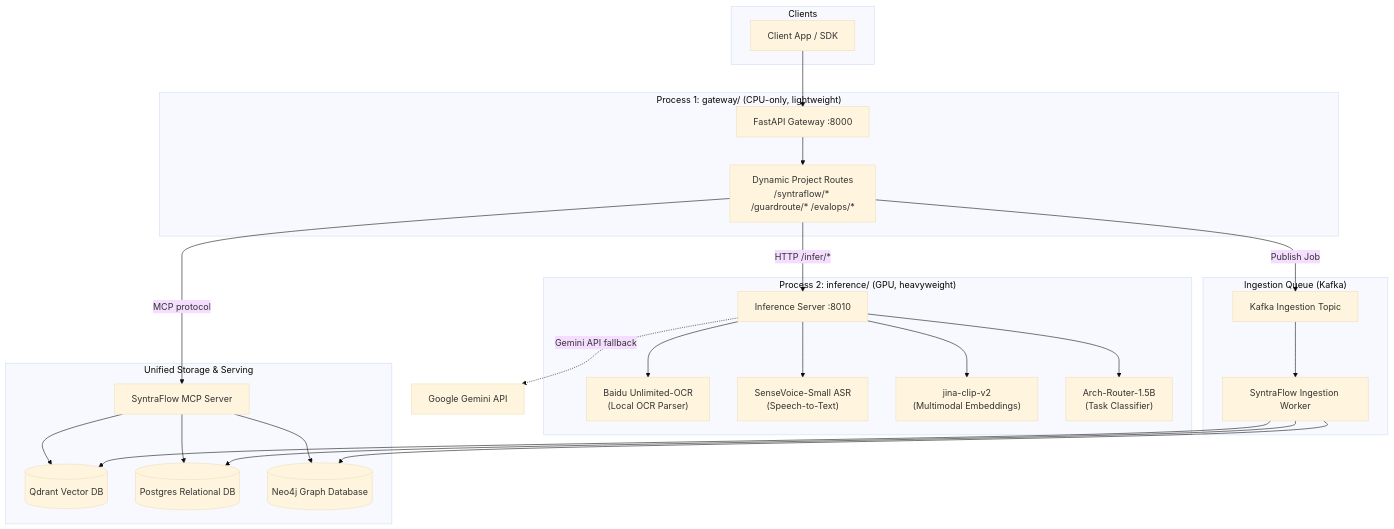
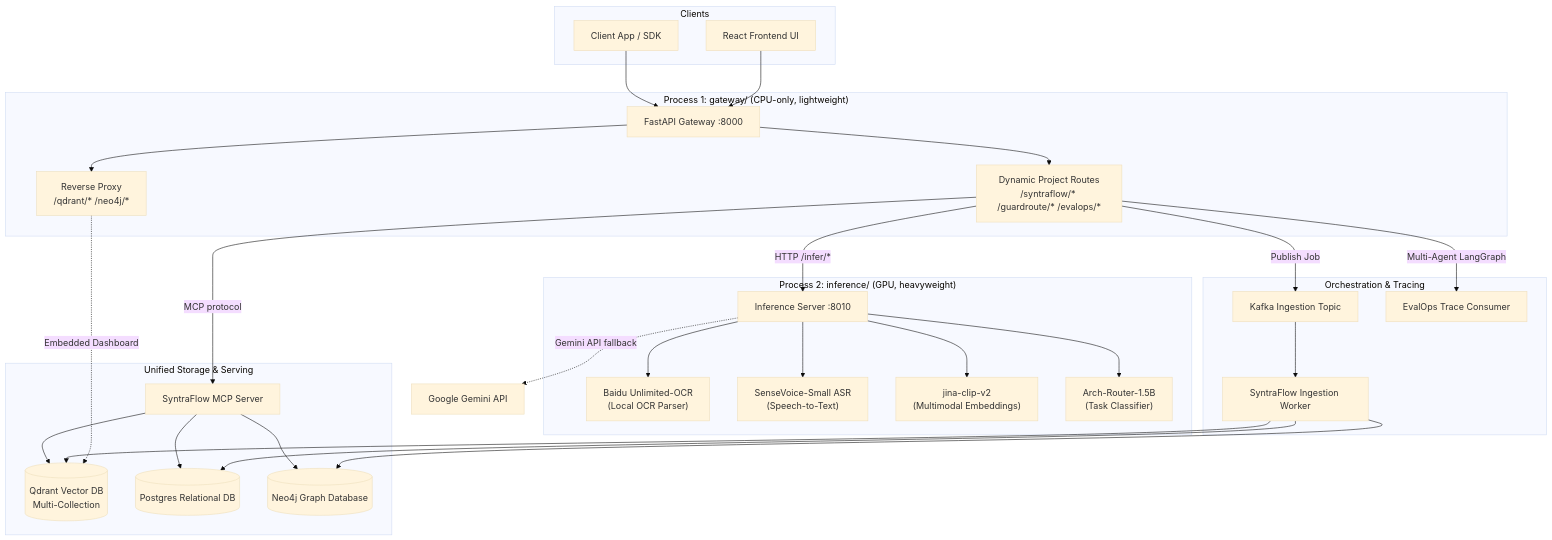
The diagram in README.md (AkshatTilak/ContAIned), drawn with Mermaid (base theme) before and after one commit. The commit also changed other lines of this file and 5 other files, not shown here.

Commit message:
feat: add vector collection management and retrieval testing interfaces with database migration support

````diff
--- a/README.md
+++ b/README.md
@@ -75,41 +75,47 @@
 ```mermaid
 graph TD
     subgraph Clients
         App[Client App / SDK]
+        FE[React Frontend UI]
     end
 
     subgraph "Process 1: gateway/ (CPU-only, lightweight)"
         GW[FastAPI Gateway :8000]
         GW --> ProjectRoutes["Dynamic Project Routes<br/>/syntraflow/* /guardroute/* /evalops/*"]
+        GW --> UIProxies["Reverse Proxy<br/>/qdrant/* /neo4j/*"]
     end
 
     subgraph "Process 2: inference/ (GPU, heavyweight)"
         INF[Inference Server :8010]
         INF --> BaiduOCR["Baidu Unlimited-OCR<br/>(Local OCR Parser)"]
         INF --> SenseVoice["SenseVoice-Small ASR<br/>(Speech-to-Text)"]
         INF --> JinaClip["jina-clip-v2<br/>(Multimodal Embeddings)"]
         INF --> Classifier["Arch-Router-1.5B<br/>(Task Classifier)"]
     end
 
-    subgraph "Ingestion Queue (Kafka)"
+    subgraph "Orchestration & Tracing"
         Queue[Kafka Ingestion Topic]
         Worker[SyntraFlow Ingestion Worker]
         Queue --> Worker
+        EvalConsumer[EvalOps Trace Consumer]
     end
 
     subgraph "Unified Storage & Serving"
         MCP[SyntraFlow MCP Server]
-        Qdrant[(Qdrant Vector DB)]
+        Qdrant[(Qdrant Vector DB<br/>Multi-Collection)]
         PG[(Postgres Relational DB)]
         Neo4j[(Neo4j Graph Database)]
         
         MCP --> Qdrant & PG & Neo4j
         Worker --> Qdrant & PG & Neo4j
     end
 
     App --> GW
+    FE --> GW
     ProjectRoutes -- "HTTP /infer/*" --> INF
     ProjectRoutes -- "Publish Job" --> Queue
+    ProjectRoutes -- "Multi-Agent LangGraph" --> EvalConsumer
     ProjectRoutes -- "MCP protocol" --> MCP
+    UIProxies -. "Embedded Dashboard" .-> Qdrant
     INF -. "Gemini API fallback" .-> Gemini[Google Gemini API]
 ```
````
